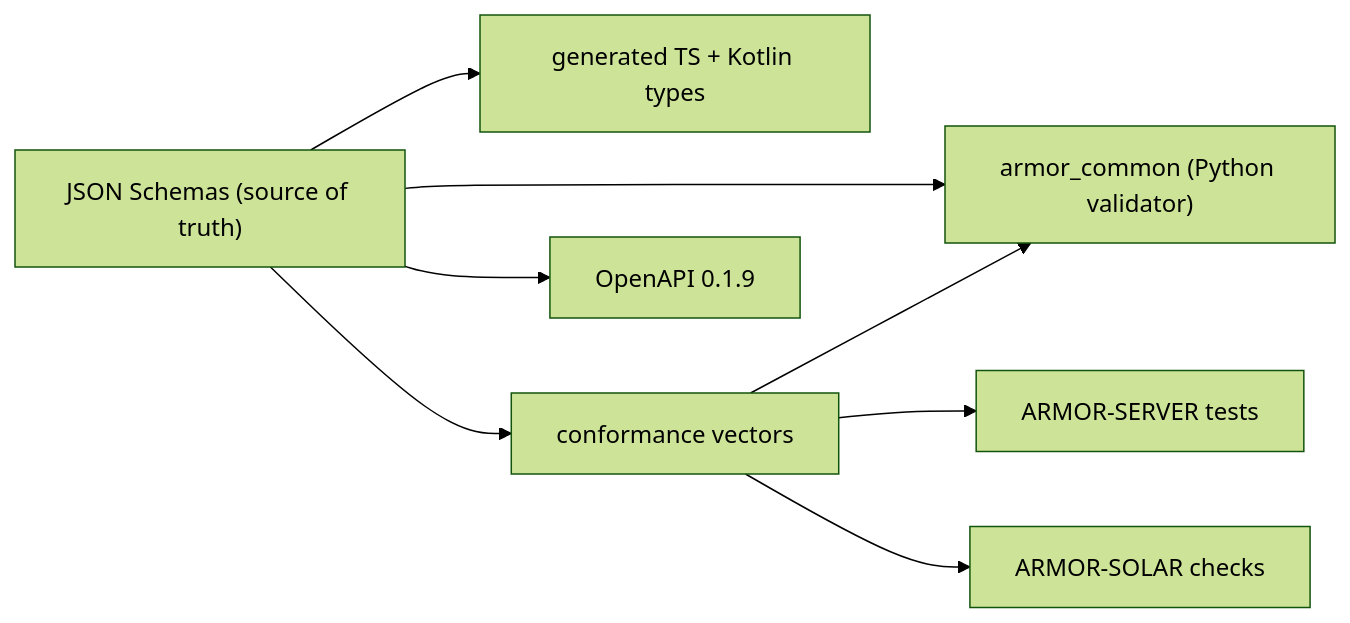
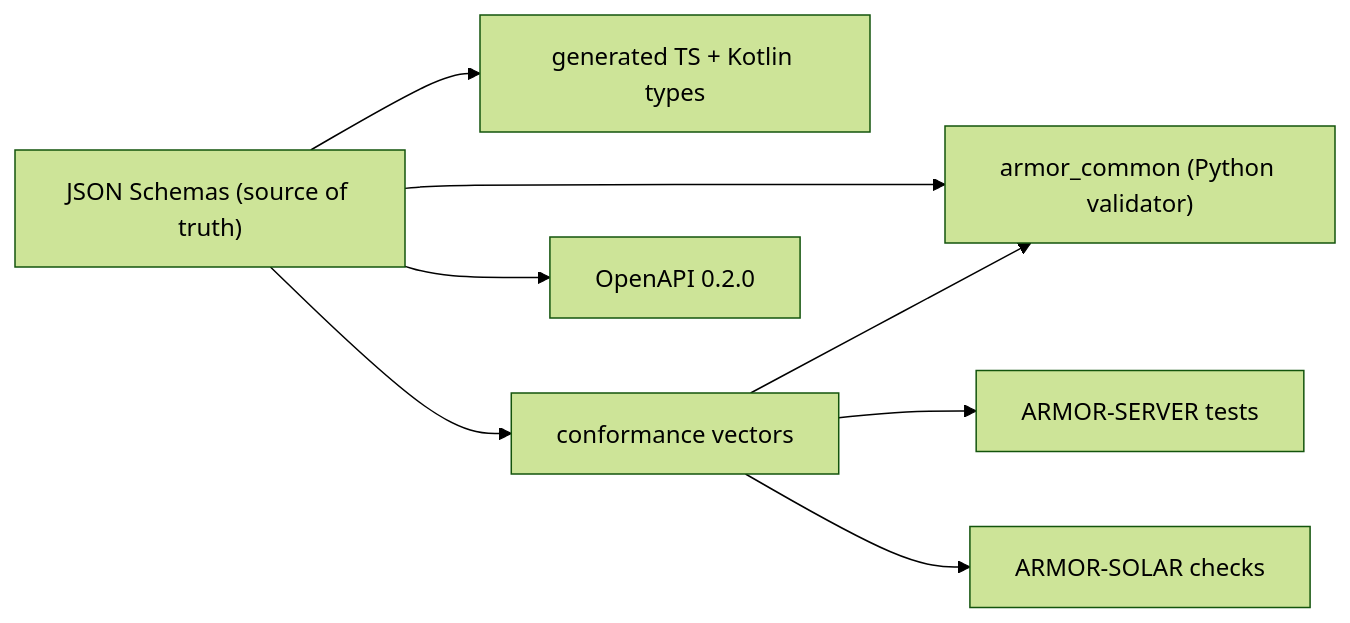
One commit to JuanenRac/ARMOR-COMMON changed the diagram in README_ita.md. Above: the diagram before and after it, drawn with Mermaid (forest theme). The commit also changed other lines of this file and 11 other files, not shown here.

````diff
--- a/README_ita.md
+++ b/README_ita.md
@@ -46,10 +46,10 @@
 ```mermaid
 flowchart LR
     S["JSON Schemas (source of truth)"] --> P["armor_common (Python validator)"]
     S --> G["generated TS + Kotlin types"]
     S --> V["conformance vectors"]
     V --> P
     V --> T["ARMOR-SERVER tests"]
     V --> X["ARMOR-SOLAR checks"]
-    S --> O["OpenAPI 0.1.9"]
+    S --> O["OpenAPI 0.2.0"]
 ```
````
